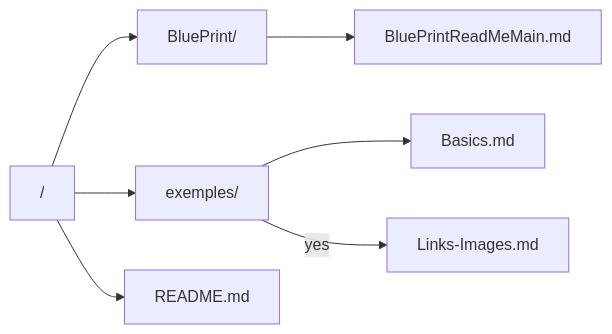
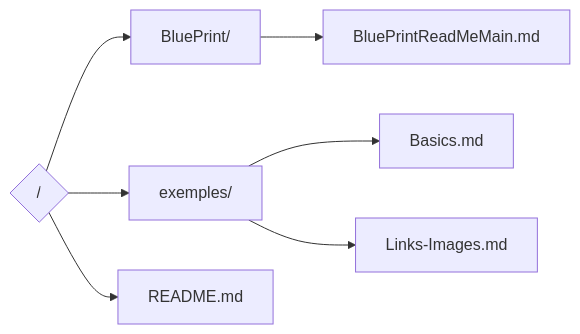
One commit to Lzozoflo/Markdown changed the first of 2 diagrams in README.md. Above: the diagram before and after it, drawn with Mermaid. The commit also changed other lines of this file, not shown here.

````diff
--- a/README.md
+++ b/README.md
@@ -44,22 +44,22 @@
 ```mermaid
-flowchart LR
-    root["/"]
+graph LR
+    root{"/"}
 
     root --> BluePrint["BluePrint/"]
         BluePrint -->BluePrintReadMeMain["BluePrintReadMeMain.md"]
 
     root --> exemples["exemples/"]
         exemples --> basics["Basics.md"]
-        exemples --yes--> links["Links-Images.md"]
-        
+        exemples --> links["Links-Images.md"]
+
     root --> readme["README.md"]
 
-    click BluePrint "https://github.com/Lzozoflo/Markdown/blob/main/BluePrint" "Open BluePrint"
+    click BluePrint "https://github.com/Lzozoflo/Markdown/tree/main/Blueprint" "Open BluePrint"
     click BluePrintReadMeMain "https://github.com/Lzozoflo/Markdown/blob/main/Blueprint/BluePrintReadMeMain.md" "Open BluePrintReadMeMain"
 
     click exemples "https://github.com/Lzozoflo/Markdown/blob/main/exemples" "Open exemples"
     click basics "https://github.com/Lzozoflo/Markdown/blob/main/exemples/Basics.md" "Open Basics"
     click links "https://github.com/Lzozoflo/Markdown/blob/main/exemples/Links-Images.md" "Open links-images"
    
     click readme "https://github.com/Lzozoflo/Markdown/blob/main/README.md" "Open README"
 ```
````
